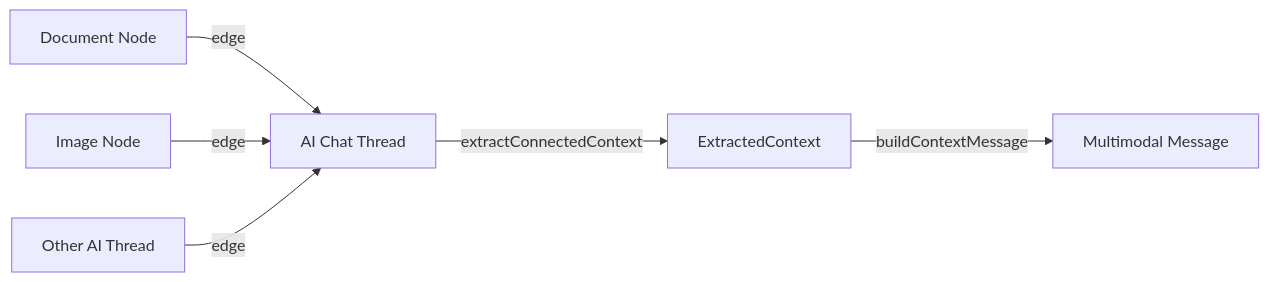
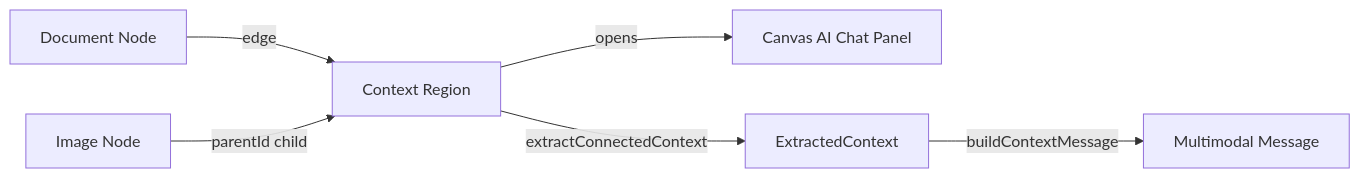
The second of 3 diagrams in services/web-ui/src/infographics/workspace/README.md (Lixpi/lixpi), drawn with Mermaid before and after one commit. The commit also changed other lines of this file and 8 other files, not shown here.

Commit message:
LIX-141 # Restore canvas-native AI chat regions

````diff
--- a/services/web-ui/src/infographics/workspace/README.md
+++ b/services/web-ui/src/infographics/workspace/README.md
@@ -323,8 +325,8 @@
 ```mermaid
 flowchart LR
-    DOC[Document Node] -->|edge| AI[AI Chat Thread]
-    IMG[Image Node] -->|edge| AI
-    OTHER[Other AI Thread] -->|edge| AI
-    AI -->|extractConnectedContext| CTX[ExtractedContext]
+    DOC[Document Node] -->|edge| REGION[Context Region]
+    IMG[Image Node] -->|parentId child| REGION
+    REGION -->|opens| CHAT[Canvas AI Chat Panel]
+    REGION -->|extractConnectedContext| CTX[ExtractedContext]
     CTX -->|buildContextMessage| MSG[Multimodal Message]
 ```
````
